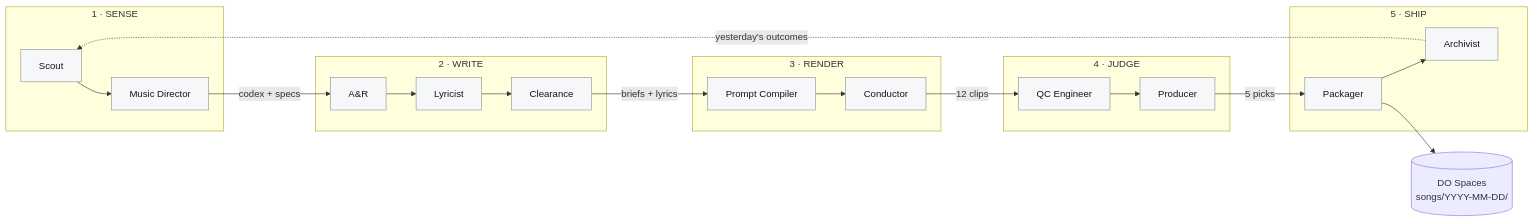
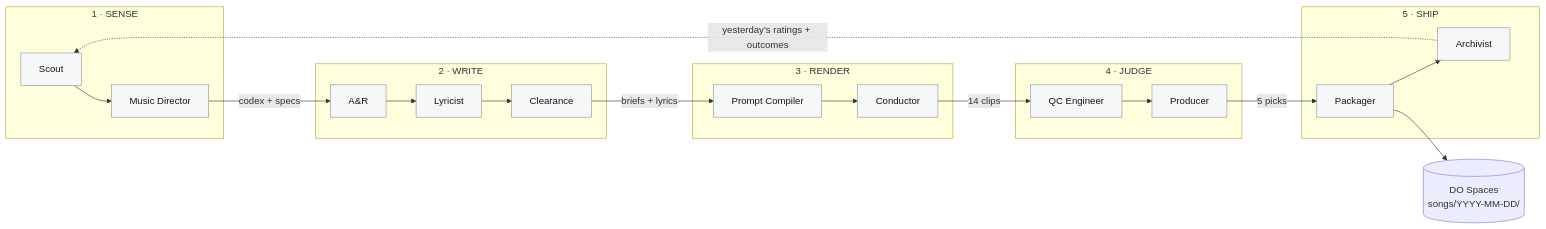
Before and after one commit to chordsnstrings/automusicgenerator: the first of 2 diagrams in docs/ARCHITECTURE.md, drawn with Mermaid. The commit also changed other lines of this file and 1 other file, not shown here.

````diff
--- a/docs/ARCHITECTURE.md
+++ b/docs/ARCHITECTURE.md
@@ -119,27 +123,27 @@
 ```mermaid
 flowchart LR
   subgraph S1["1 · SENSE"]
     A1[Scout]:::ag --> A2[Music Director]:::ag
   end
   subgraph S2["2 · WRITE"]
     B1[A&R]:::ag --> B2[Lyricist]:::ag --> B3[Clearance]:::ag
   end
   subgraph S3["3 · RENDER"]
     C1[Prompt Compiler]:::ag --> C2[Conductor]:::ag
   end
   subgraph S4["4 · JUDGE"]
     D1[QC Engineer]:::ag --> D2[Producer]:::ag
   end
   subgraph S5["5 · SHIP"]
     E1[Packager]:::ag --> E2[Archivist]:::ag
   end
 
   A2 -->|codex + specs| B1
   B3 -->|briefs + lyrics| C1
-  C2 -->|12 clips| D1
+  C2 -->|14 clips| D1
   D2 -->|5 picks| E1
   E1 --> OUT[("DO Spaces<br/>songs/YYYY-MM-DD/")]
-  E2 -.->|yesterday's outcomes| A1
+  E2 -.->|yesterday's ratings + outcomes| A1
 
   classDef ag fill:#f6f7f8,stroke:#8a9099,color:#13161a
 ```
````
